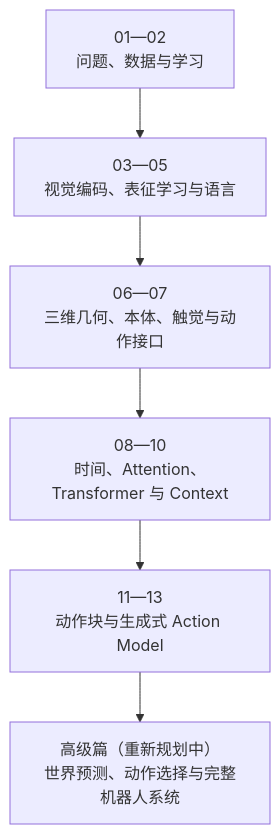
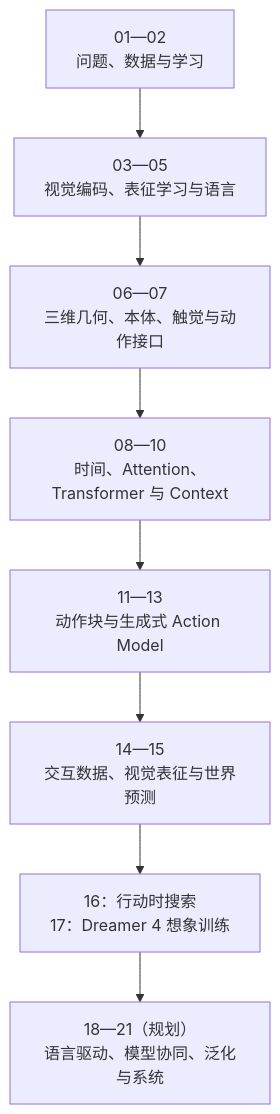
One commit to qi-robotics/robot-world-model-tutorial changed the diagram in 机器人世界动作模型_课程框架.md. Above: the diagram before and after it, drawn with Mermaid. The commit also changed other lines of this file and 28 other files, not shown here.

```diff
--- a/机器人世界动作模型_课程框架.md
+++ b/机器人世界动作模型_课程框架.md
@@ -1529,8 +903,10 @@
 ~~~mermaid
 flowchart TB
     A["01—02<br/>问题、数据与学习"] --> B["03—05<br/>视觉编码、表征学习与语言"]
     B --> C["06—07<br/>三维几何、本体、触觉与动作接口"]
     C --> E["08—10<br/>时间、Attention、Transformer 与 Context"]
     E --> F["11—13<br/>动作块与生成式 Action Model"]
-    F --> G["高级篇（重新规划中）<br/>世界预测、动作选择与完整机器人系统"]
+    F --> G["14—15<br/>交互数据、视觉表征与世界预测"]
+    G --> H["16：行动时搜索<br/>17：Dreamer 4 想象训练"]
+    H --> I["18—21（规划）<br/>语言驱动、模型协同、泛化与系统"]
 ~~~
```
